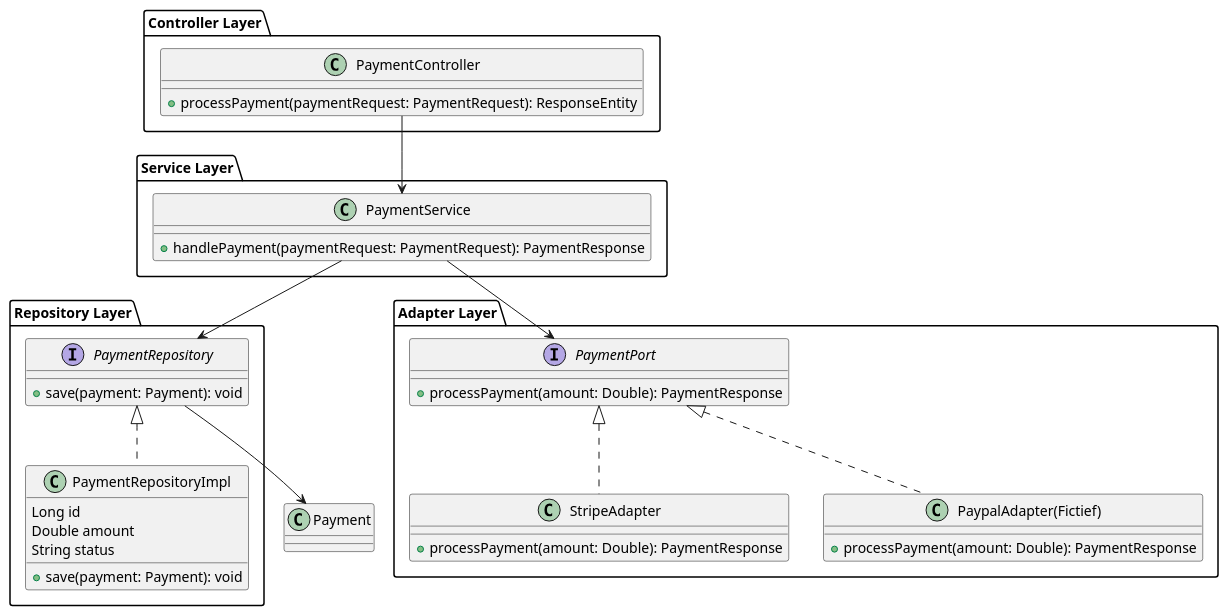
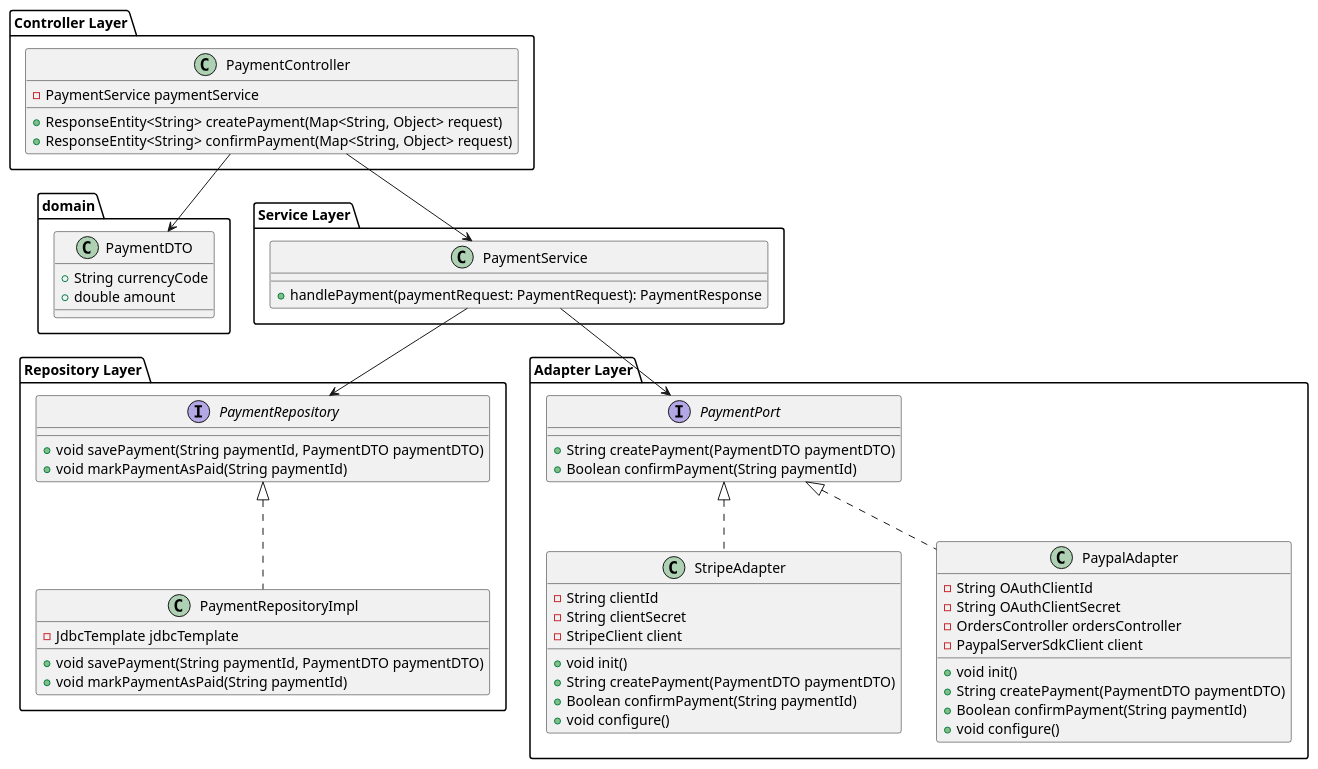
One commit to AIM-ENE-feb25/triptop-asas changed the diagram in software-guidebook/component-code/amine/code diagram.puml. Above: the diagram before and after it, drawn with PlantUML.

Commit message:
code diagram geupdated

```diff
--- a/software-guidebook/component-code/amine/code diagram.puml
+++ b/software-guidebook/component-code/amine/code diagram.puml
@@ -1,52 +1,75 @@
 @startuml
 
 package "Controller Layer" {
     class PaymentController {
-        + processPayment(paymentRequest: PaymentRequest): ResponseEntity
+        - PaymentService paymentService
+
+        + ResponseEntity<String> createPayment(Map<String, Object> request)
+        + ResponseEntity<String> confirmPayment(Map<String, Object> request)
+    }
+}
+
+package "domain" {
+    class PaymentDTO {
+        + String currencyCode
+        + double amount
     }
 }
 
 package "Service Layer" {
     class PaymentService {
         + handlePayment(paymentRequest: PaymentRequest): PaymentResponse
     }
 
 }
 
 package "Repository Layer" {
     interface PaymentRepository {
-        + save(payment: Payment): void
+        + void savePayment(String paymentId, PaymentDTO paymentDTO)
+        + void markPaymentAsPaid(String paymentId)
     }
-        class PaymentRepositoryImpl implements PaymentRepository {
-                Long id
-                Double amount
-                String status
-            + save(payment: Payment): void
-        }
+    class PaymentRepositoryImpl  implements PaymentRepository {
+        - JdbcTemplate jdbcTemplate
+
+        + void savePayment(String paymentId, PaymentDTO paymentDTO)
+        + void markPaymentAsPaid(String paymentId)
+    }
 }
 
-
-
 package "Adapter Layer" {
-    interface PaymentPort {
-        + processPayment(amount: Double): PaymentResponse
+interface PaymentPort {
+        + String createPayment(PaymentDTO paymentDTO)
+        + Boolean confirmPayment(String paymentId)
     }
     class StripeAdapter implements PaymentPort {
-        + processPayment(amount: Double): PaymentResponse
+        - String clientId
+        - String clientSecret
+        - StripeClient client
+
+        + void init()
+        + String createPayment(PaymentDTO paymentDTO)
+        + Boolean confirmPayment(String paymentId)
+        + void configure()
     }
-        class PaypalAdapter(Fictief) implements PaymentPort {
-            + processPayment(amount: Double): PaymentResponse
-        }
+
+    class PaypalAdapter implements PaymentPort {
+        - String OAuthClientId
+        - String OAuthClientSecret
+        - OrdersController ordersController
+        - PaypalServerSdkClient client
+
+        + void init()
+        + String createPayment(PaymentDTO paymentDTO)
+        + Boolean confirmPayment(String paymentId)
+        + void configure()
+    }
 
 
 }
 
 PaymentService --> PaymentPort
 PaymentController --> PaymentService
 PaymentService --> PaymentRepository
-
-
-
-PaymentRepository --> Payment
+PaymentController --> PaymentDTO
 
 @enduml
```
